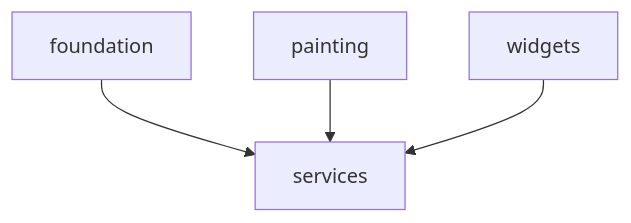
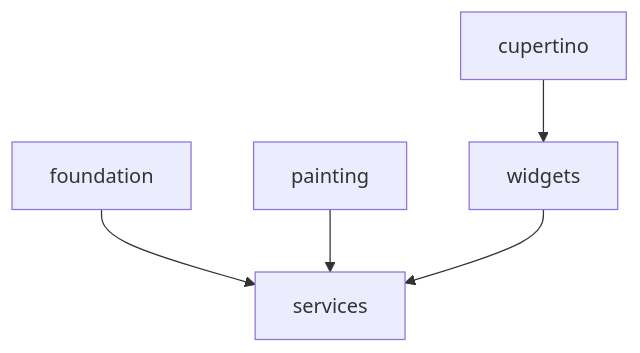
One commit to polina-c/flutter changed the diagram in packages/flutter/lib/src/DEPENDENCIES.md. Above: the diagram before and after it, drawn with Mermaid. The commit also changed other lines of this file and 13 other files, not shown here.

````diff
--- a/packages/flutter/lib/src/DEPENDENCIES.md
+++ b/packages/flutter/lib/src/DEPENDENCIES.md
@@ -5,6 +6,7 @@
 ```mermaid
 flowchart TD;
+cupertino-->widgets;
 foundation-->services;
 painting-->services;
 widgets-->services;
 ```
````
